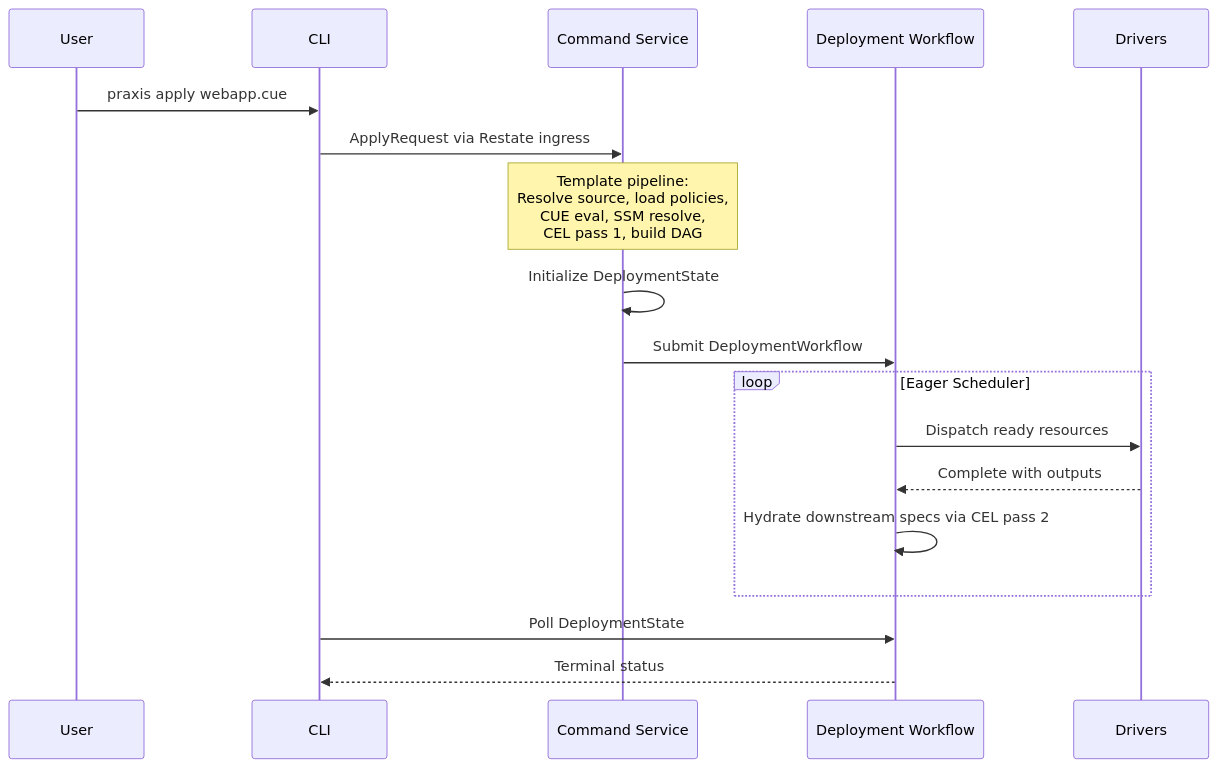
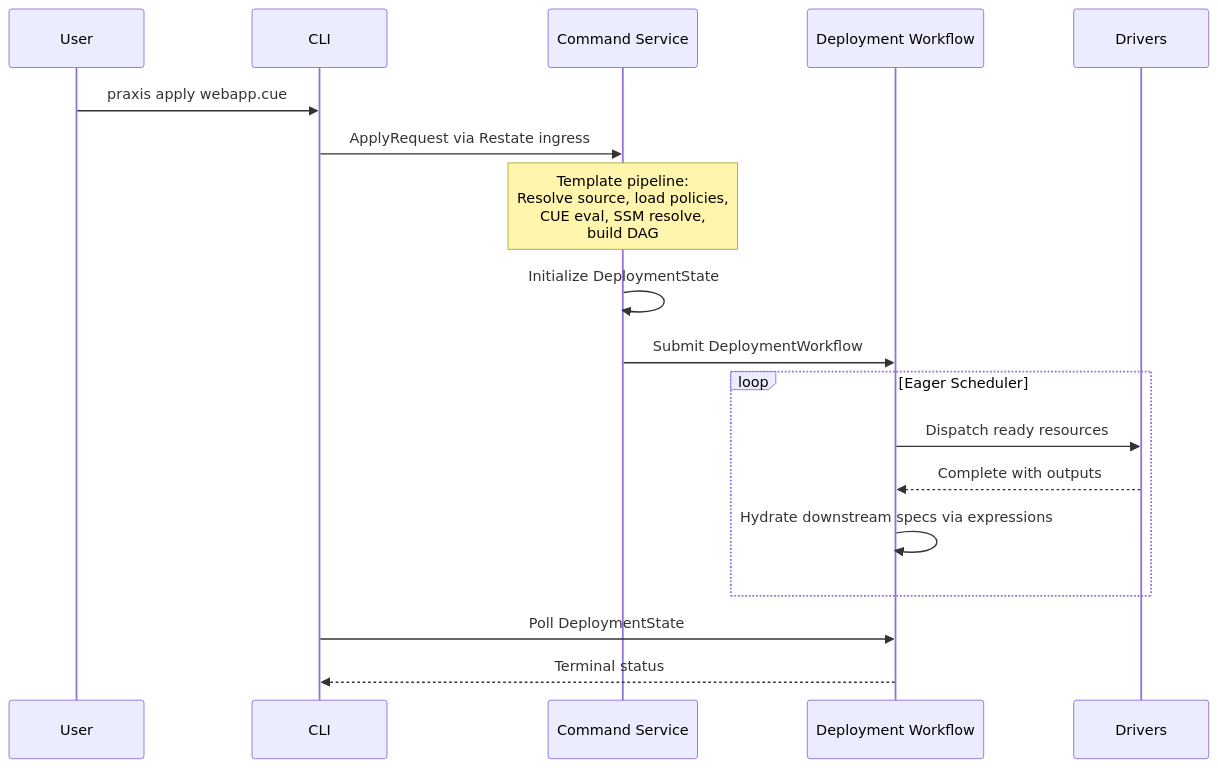
Before and after one commit to shirvan/praxis: the second of 5 diagrams in docs/ARCHITECTURE.md, drawn with Mermaid. The commit also changed other lines of this file and 33 other files, not shown here.

Commit message:
refactor: remove CEL, it was a good idea but alas, CUE is good enough on it's own

````diff
--- a/docs/ARCHITECTURE.md
+++ b/docs/ARCHITECTURE.md
@@ -175,25 +175,25 @@
 ```mermaid
 sequenceDiagram
     participant User
     participant CLI
     participant CS as Command Service
     participant WF as Deployment Workflow
     participant D as Drivers
 
     User->>CLI: praxis apply webapp.cue
     CLI->>CS: ApplyRequest via Restate ingress
 
-    Note over CS: Template pipeline:<br/>Resolve source, load policies,<br/>CUE eval, SSM resolve,<br/>CEL pass 1, build DAG
+    Note over CS: Template pipeline:<br/>Resolve source, load policies,<br/>CUE eval, SSM resolve,<br/>build DAG
 
     CS->>CS: Initialize DeploymentState
     CS->>WF: Submit DeploymentWorkflow
 
     loop Eager Scheduler
         WF->>D: Dispatch ready resources
         D-->>WF: Complete with outputs
-        WF->>WF: Hydrate downstream specs via CEL pass 2
+        WF->>WF: Hydrate downstream specs via expressions
     end
 
     CLI->>WF: Poll DeploymentState
     WF-->>CLI: Terminal status
 ```
````
